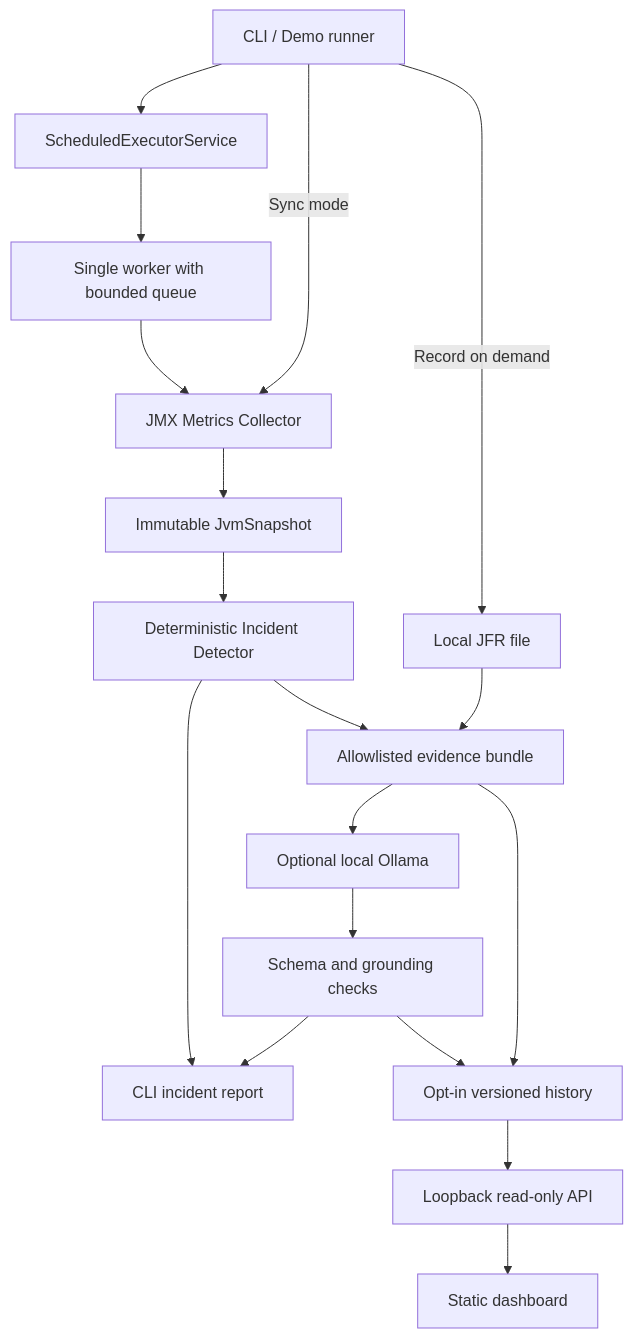
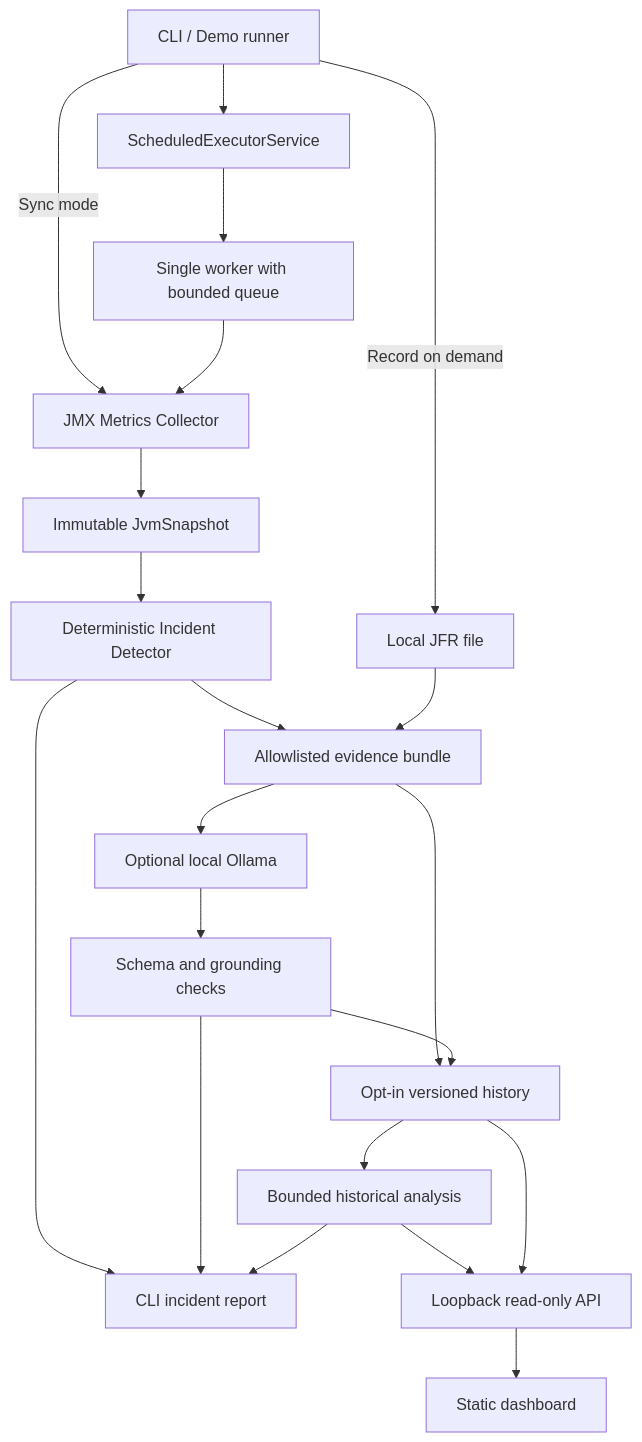
Before and after one commit to chandannitr/JVM-Sentinel-AI: the diagram in docs/ARCHITECTURE.md, drawn with Mermaid. The commit also changed other lines of this file and 24 other files, not shown here.

First line of the commit message:
Add historical anomaly analysis and sampler benchmarks

````diff
--- a/docs/ARCHITECTURE.md
+++ b/docs/ARCHITECTURE.md
@@ -5,20 +5,23 @@
 ```mermaid
 flowchart TD
     CLI[CLI / Demo runner] --> SCHED[ScheduledExecutorService]
     CLI -->|Sync mode| COL[JMX Metrics Collector]
     CLI -->|Record on demand| JFR[Local JFR file]
     SCHED --> WORK[Single worker with bounded queue]
     WORK --> COL
     COL --> SNAP[Immutable JvmSnapshot]
     SNAP --> RULE[Deterministic Incident Detector]
     RULE --> OUT[CLI incident report]
     RULE --> EVIDENCE[Allowlisted evidence bundle]
     JFR --> EVIDENCE
     EVIDENCE --> AI[Optional local Ollama]
     AI --> VALIDATE[Schema and grounding checks]
     VALIDATE --> OUT
     EVIDENCE --> HISTORY[Opt-in versioned history]
     VALIDATE --> HISTORY
-    HISTORY --> SERVER[Loopback read-only API]
+    HISTORY --> HISTORICAL[Bounded historical analysis]
+    HISTORICAL --> SERVER[Loopback read-only API]
+    HISTORICAL --> OUT
+    HISTORY --> SERVER
     SERVER --> DASH[Static dashboard]
 ```
````
